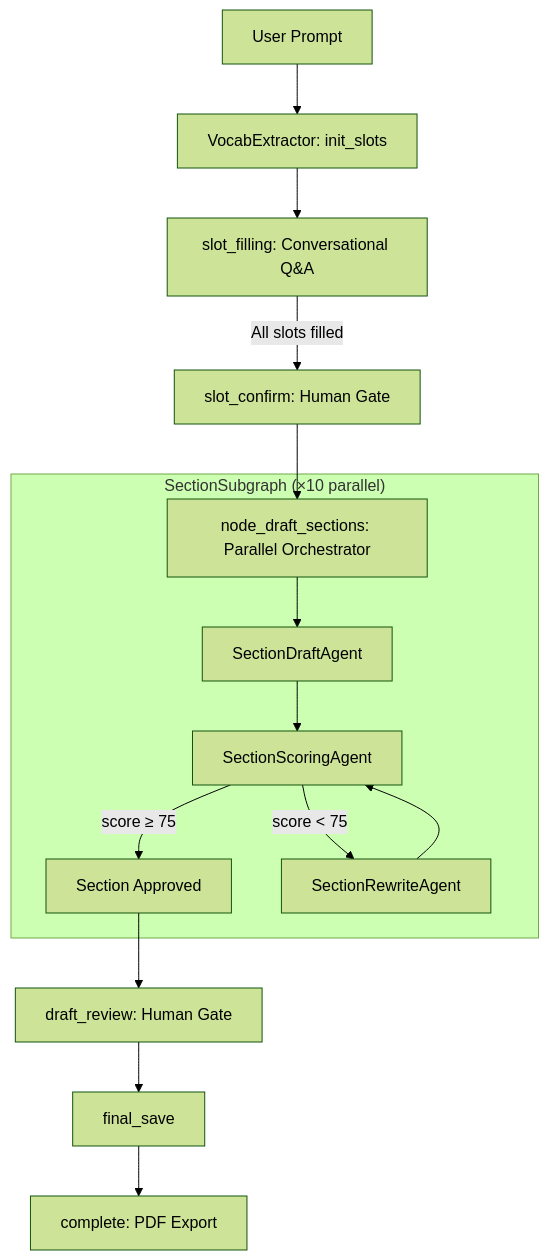
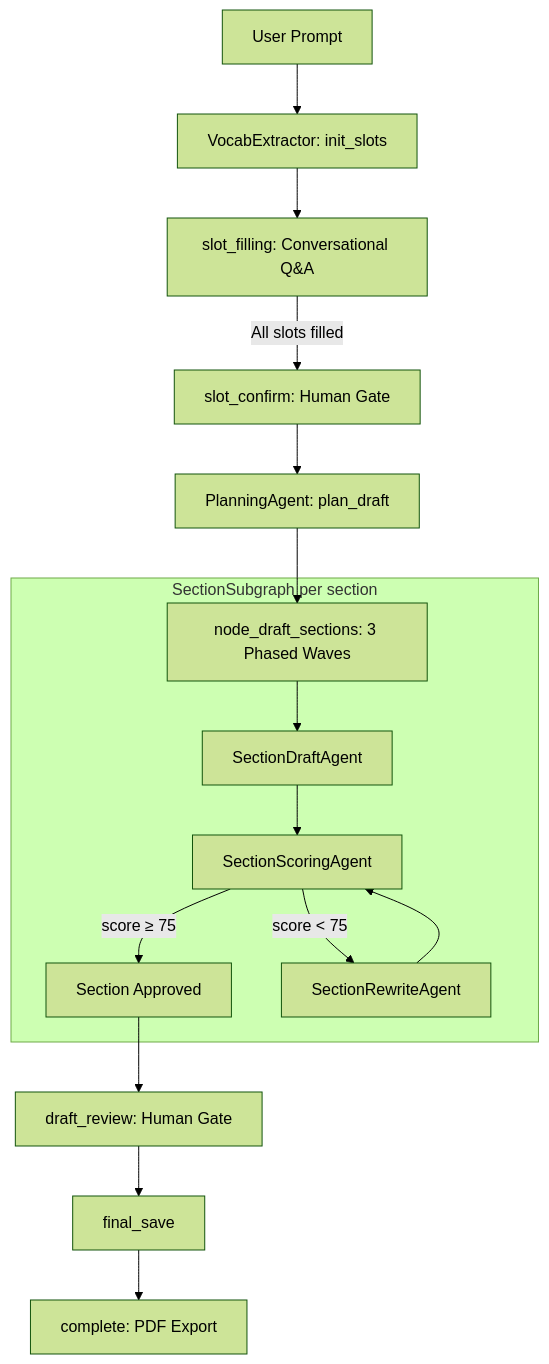
Before and after one commit to aarushi211/ImpactLink: the diagram in README.md, drawn with Mermaid (forest theme). The commit also changed 4 other files, not shown here.

Commit message:
Added planning agent

````diff
--- a/README.md
+++ b/README.md
@@ -86,19 +86,20 @@
 ```mermaid
 graph TD
     A[User Prompt] --> B[VocabExtractor: init_slots]
     B --> C[slot_filling: Conversational Q&A]
     C -->|All slots filled| D[slot_confirm: Human Gate]
-    D --> E[node_draft_sections: Parallel Orchestrator]
+    D --> P[PlanningAgent: plan_draft]
+    P --> E[node_draft_sections: 3 Phased Waves]
 
-    subgraph "SectionSubgraph (×10 parallel)"
+    subgraph "SectionSubgraph per section"
         E --> F[SectionDraftAgent]
         F --> G[SectionScoringAgent]
         G -->|score ≥ 75| H[Section Approved]
         G -->|score < 75| I[SectionRewriteAgent]
         I --> G
     end
 
     H --> J[draft_review: Human Gate]
     J --> K[final_save]
     K --> L[complete: PDF Export]
 ```
````
